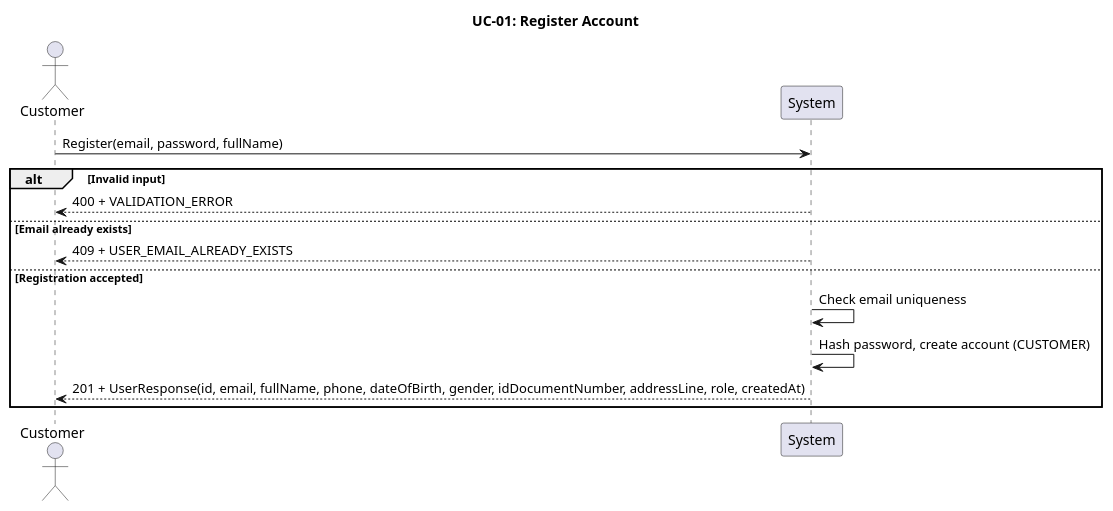
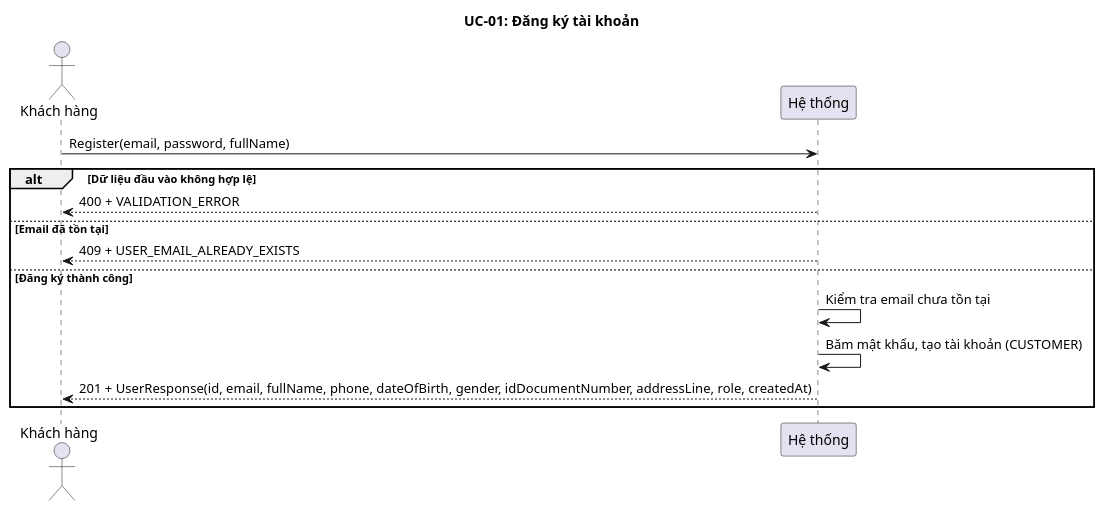
The second of 7 diagrams in docs/usecases/UC-01-dang-ky-tai-khoan.md (Phunguy65/train-ticket-booking-system-plus), drawn with PlantUML before and after one commit. The commit also changed other lines of this file and 14 other files, not shown here.

````diff
--- a/docs/usecases/UC-01-dang-ky-tai-khoan.md
+++ b/docs/usecases/UC-01-dang-ky-tai-khoan.md
@@ -20,19 +38,19 @@
 ```plantuml
 @startuml UC-01
-title UC-01: Register Account
+title UC-01: Đăng ký tài khoản
 
-actor "Customer" as Actor
-participant "System" as API
+actor "Khách hàng" as Actor
+participant "Hệ thống" as API
 
 Actor -> API: Register(email, password, fullName)
-alt Invalid input
+alt Dữ liệu đầu vào không hợp lệ
     API --> Actor: 400 + VALIDATION_ERROR
-else Email already exists
+else Email đã tồn tại
     API --> Actor: 409 + USER_EMAIL_ALREADY_EXISTS
-else Registration accepted
-    API -> API: Check email uniqueness
-    API -> API: Hash password, create account (CUSTOMER)
+else Đăng ký thành công
+    API -> API: Kiểm tra email chưa tồn tại
+    API -> API: Băm mật khẩu, tạo tài khoản (CUSTOMER)
     API --> Actor: 201 + UserResponse(id, email, fullName, phone, dateOfBirth, gender, idDocumentNumber, addressLine, role, createdAt)
 end
 @enduml
 ```
````
